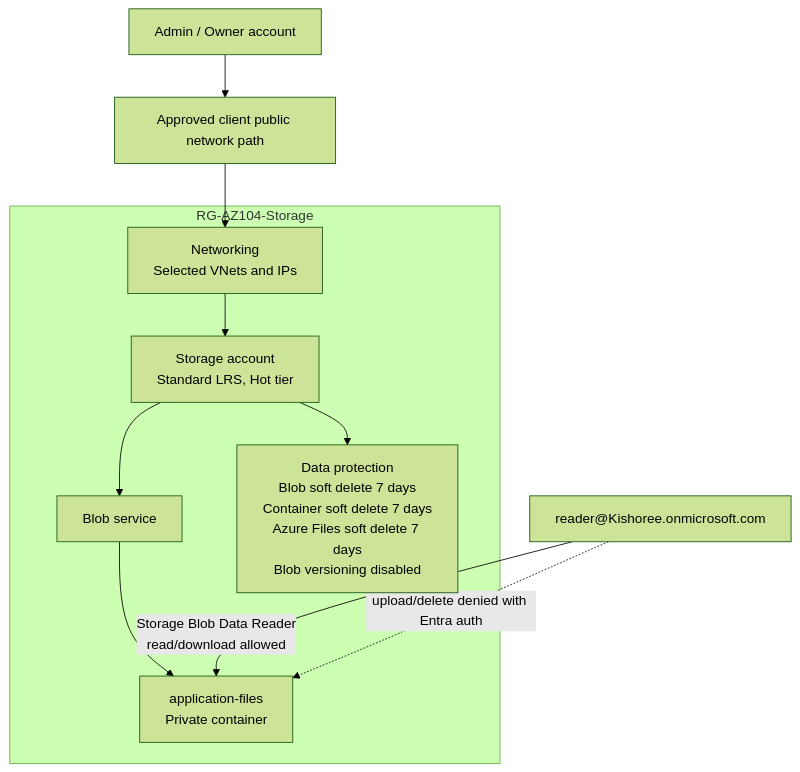
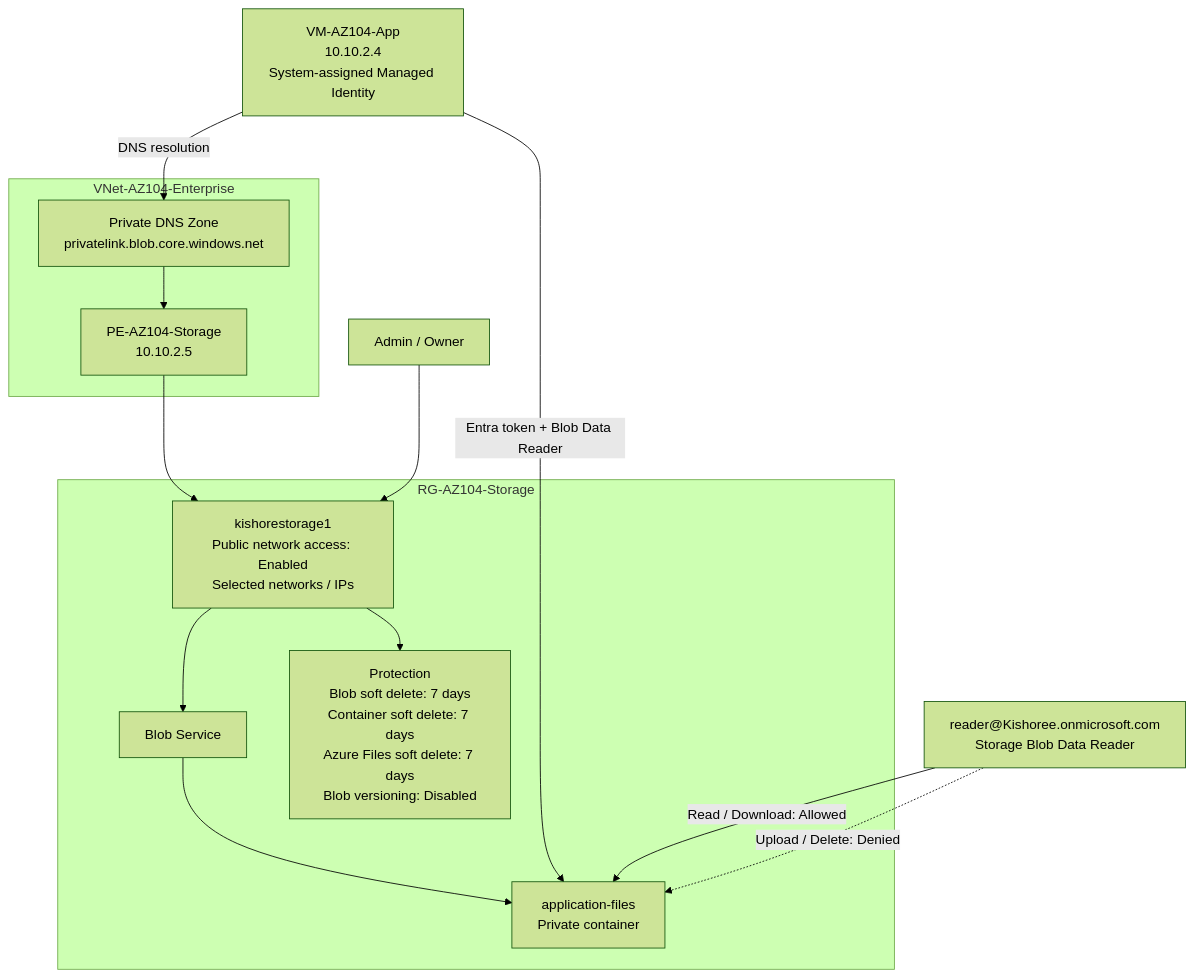
One commit to Kishorebiswajit/azure-104-enterprise-administrator-lab changed the diagram in assets/diagrams/storage-architecture.mmd. Above: the diagram before and after it, drawn with Mermaid (forest theme).

Commit message:
docs: update architecture diagrams with private storage path

```diff
--- a/assets/diagrams/storage-architecture.mmd
+++ b/assets/diagrams/storage-architecture.mmd
@@ -1,21 +1,28 @@
 flowchart TB
-    Admin["Admin / Owner account"]
-    Reader["reader@Kishoree.onmicrosoft.com"]
-    Client["Approved client public network path"]
+    AppVM["VM-AZ104-App<br/>10.10.2.4<br/>System-assigned Managed Identity"]
+    Reader["reader@Kishoree.onmicrosoft.com<br/>Storage Blob Data Reader"]
+    Admin["Admin / Owner"]
 
-    subgraph StorageRG["RG-AZ104-Storage"]
-        SA["Storage account<br/>Standard LRS, Hot tier"]
-        Firewall["Networking<br/>Selected VNets and IPs"]
-        BlobService["Blob service"]
-        Container["application-files<br/>Private container"]
-        Protection["Data protection<br/>Blob soft delete 7 days<br/>Container soft delete 7 days<br/>Azure Files soft delete 7 days<br/>Blob versioning disabled"]
+    subgraph Network["VNet-AZ104-Enterprise"]
+        DNS["Private DNS Zone<br/>privatelink.blob.core.windows.net"]
+        PE["PE-AZ104-Storage<br/>10.10.2.5"]
     end
 
-    Admin --> Client
-    Client --> Firewall
-    Firewall --> SA
+    subgraph Storage["RG-AZ104-Storage"]
+        SA["kishorestorage1<br/>Public network access: Enabled<br/>Selected networks / IPs"]
+        BlobService["Blob Service"]
+        Container["application-files<br/>Private container"]
+        Protection["Protection<br/>Blob soft delete: 7 days<br/>Container soft delete: 7 days<br/>Azure Files soft delete: 7 days<br/>Blob versioning: Disabled"]
+    end
+
+    AppVM -->|"DNS resolution"| DNS
+    DNS --> PE
+    PE --> SA
     SA --> BlobService
     BlobService --> Container
+
+    AppVM -->|"Entra token + Blob Data Reader"| Container
+    Reader -->|"Read / Download: Allowed"| Container
+    Reader -.->|"Upload / Delete: Denied"| Container
+    Admin --> SA
     SA --> Protection
-    Reader -->|"Storage Blob Data Reader<br/>read/download allowed"| Container
-    Reader -. "upload/delete denied with Entra auth" .-> Container
```
